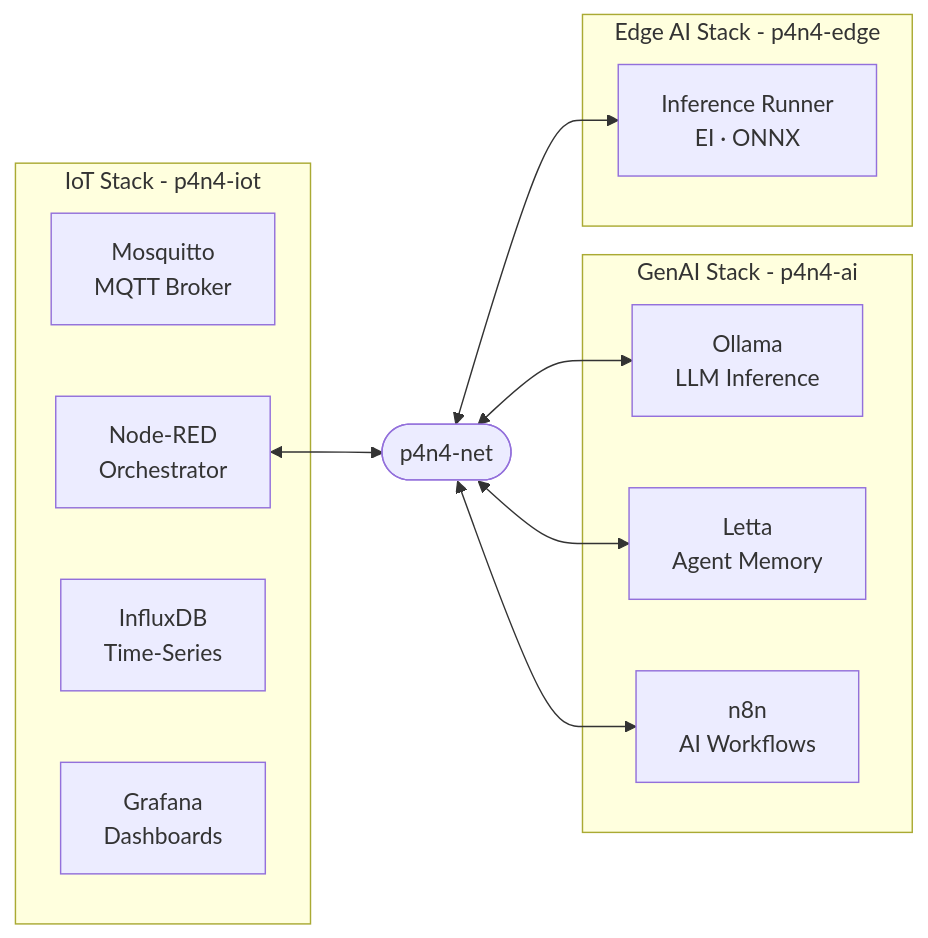
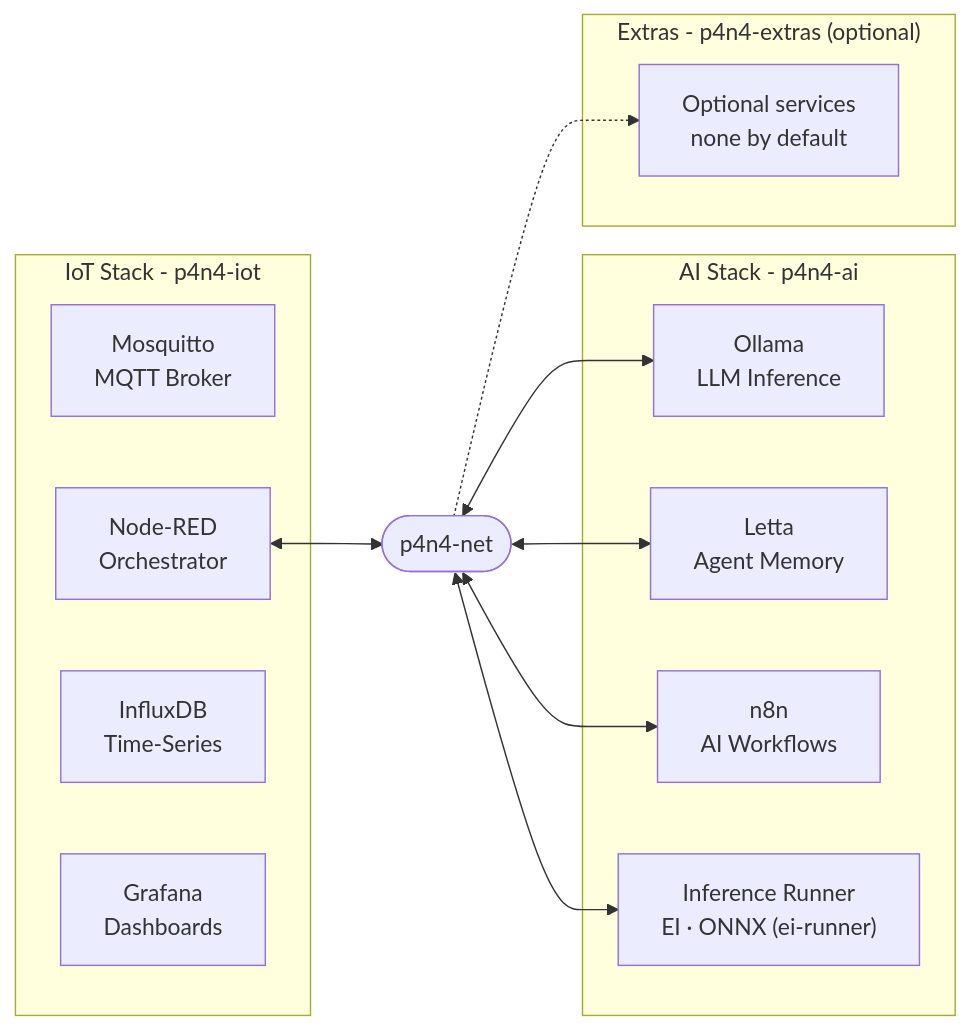
Before and after one commit to raisga/p4n4-docs: the first of 2 diagrams in README.md, drawn with Mermaid. The commit also changed other lines of this file and 34 other files, not shown here.

````diff
--- a/README.md
+++ b/README.md
@@ -76,27 +84,29 @@
 ```mermaid
 graph LR
     subgraph iot["IoT Stack - p4n4-iot"]
         Mosquitto["Mosquitto<br/>MQTT Broker"]
         NodeRED["Node-RED<br/>Orchestrator"]
         InfluxDB["InfluxDB<br/>Time-Series"]
         Grafana["Grafana<br/>Dashboards"]
     end
 
-    subgraph ai["GenAI Stack - p4n4-ai"]
+    subgraph ai["AI Stack - p4n4-ai"]
         Ollama["Ollama<br/>LLM Inference"]
         Letta["Letta<br/>Agent Memory"]
         n8n["n8n<br/>AI Workflows"]
+        EI["Inference Runner<br/>EI · ONNX (ei-runner)"]
     end
 
-    subgraph edge["Edge AI Stack - p4n4-edge"]
-        EI["Inference Runner<br/>EI · ONNX"]
+    subgraph extras["Extras - p4n4-extras (optional)"]
+        X["Optional services<br/>none by default"]
     end
 
     net(["p4n4-net"])
 
     NodeRED <--> net
     net <--> Ollama
     net <--> Letta
     net <--> n8n
     net <--> EI
+    net -.-> X
 ```
````
